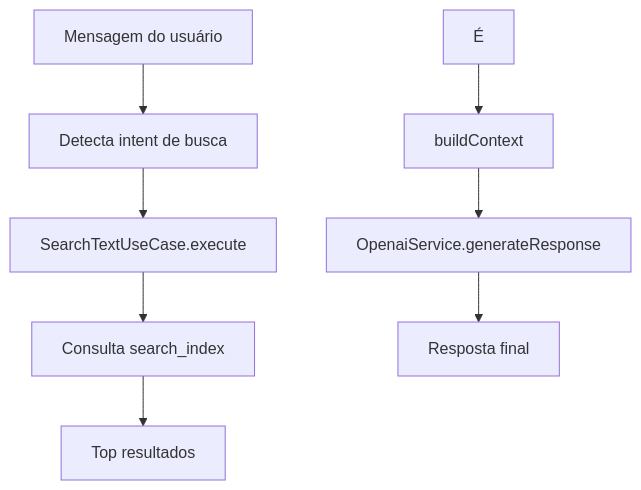
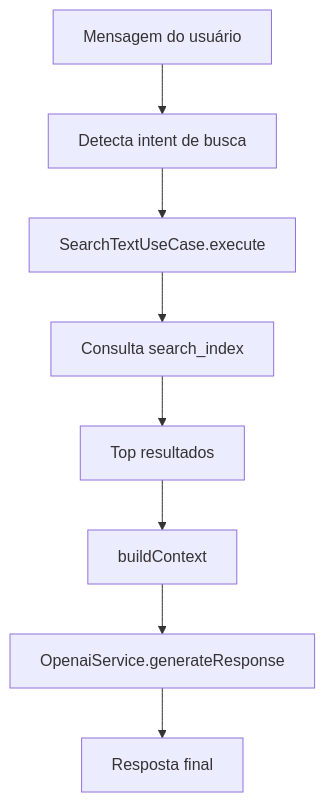
One commit to SoftSolutionsProject/Documentacao changed the third of 5 diagrams in chatbot.md. Above: the diagram before and after it, drawn with Mermaid. The commit also changed 1 other file, not shown here.

Commit message:
docs: ajusta readme

````diff
--- a/chatbot.md
+++ b/chatbot.md
@@ -230,10 +230,10 @@
 ```mermaid
 flowchart TD
     A["Mensagem do usuário"] --> B["Detecta intent de busca"]
     B --> C["SearchTextUseCase.execute"]
     C --> D["Consulta search_index"]
     D --> E["Top resultados"]
-    É --> F["buildContext"]
+    E --> F["buildContext"]
     F --> G["OpenaiService.generateResponse"]
     G --> H["Resposta final"]
 ```
````
